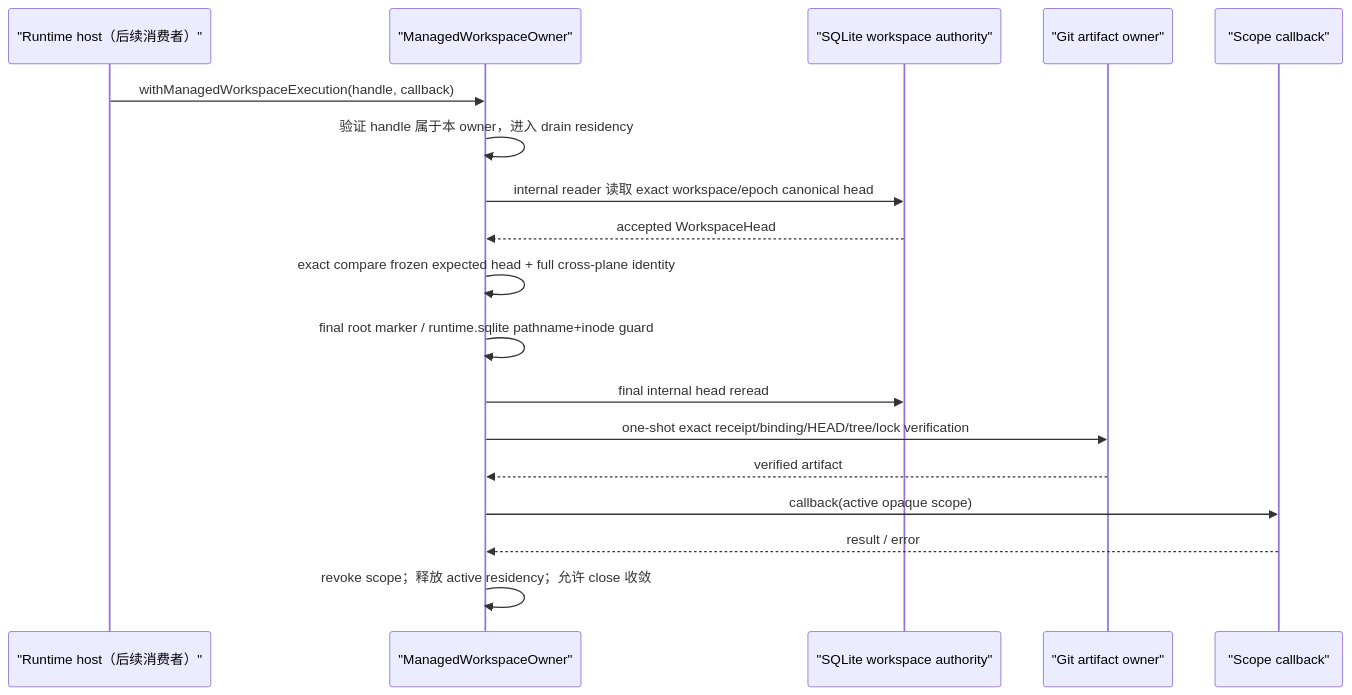
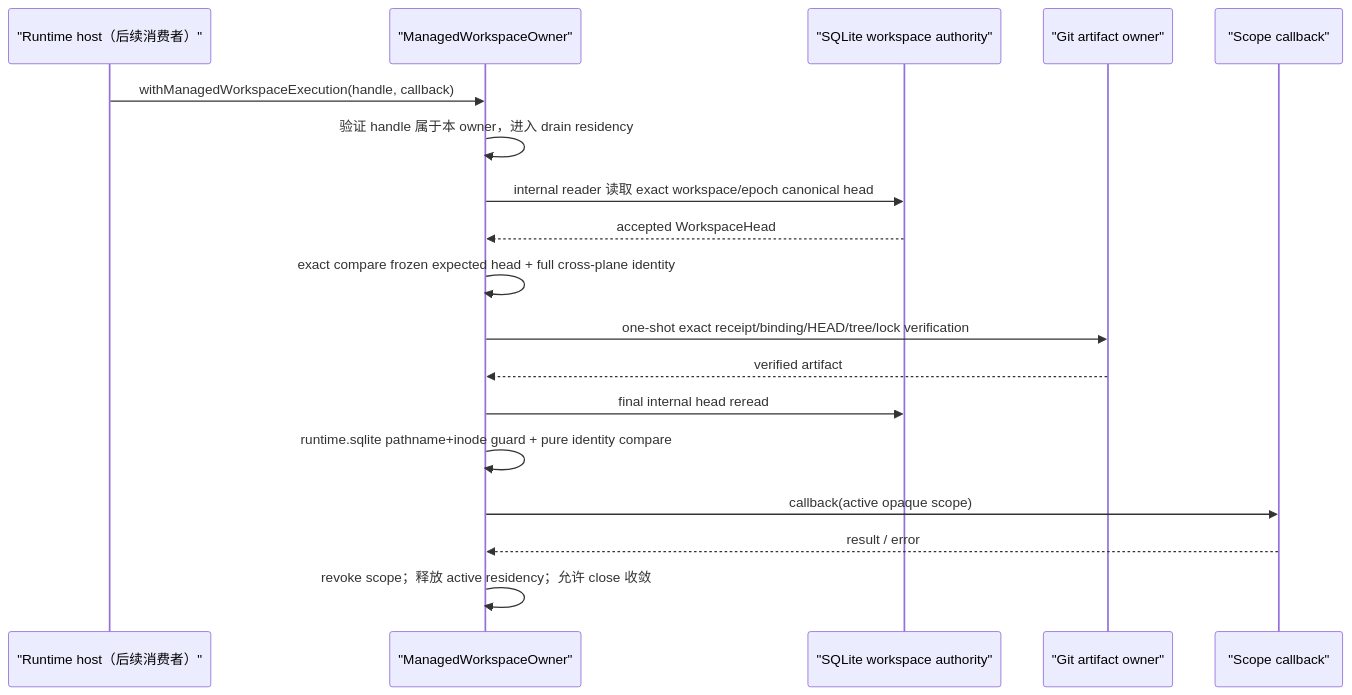
The diagram in docs/architecture/runtime-managed-workspace-execution-admission-v1.zh-CN.md (1625567290/maka-agent), drawn with Mermaid before and after one commit. The commit also changed other lines of this file and 17 other files, not shown here.

````diff
--- a/docs/architecture/runtime-managed-workspace-execution-admission-v1.zh-CN.md
+++ b/docs/architecture/runtime-managed-workspace-execution-admission-v1.zh-CN.md
@@ -54,21 +57,21 @@
 ```mermaid
 sequenceDiagram
   participant H as "Runtime host（后续消费者）"
   participant O as "ManagedWorkspaceOwner"
   participant S as "SQLite workspace authority"
   participant G as "Git artifact owner"
   participant T as "Scope callback"
 
   H->>O: withManagedWorkspaceExecution(handle, callback)
   O->>O: 验证 handle 属于本 owner，进入 drain residency
   O->>S: internal reader 读取 exact workspace/epoch canonical head
   S-->>O: accepted WorkspaceHead
   O->>O: exact compare frozen expected head + full cross-plane identity
-  O->>O: final root marker / runtime.sqlite pathname+inode guard
-  O->>S: final internal head reread
   O->>G: one-shot exact receipt/binding/HEAD/tree/lock verification
   G-->>O: verified artifact
+  O->>S: final internal head reread
+  O->>O: runtime.sqlite pathname+inode guard + pure identity compare
   O->>T: callback(active opaque scope)
   T-->>O: result / error
   O->>O: revoke scope；释放 active residency；允许 close 收敛
 ```
````
